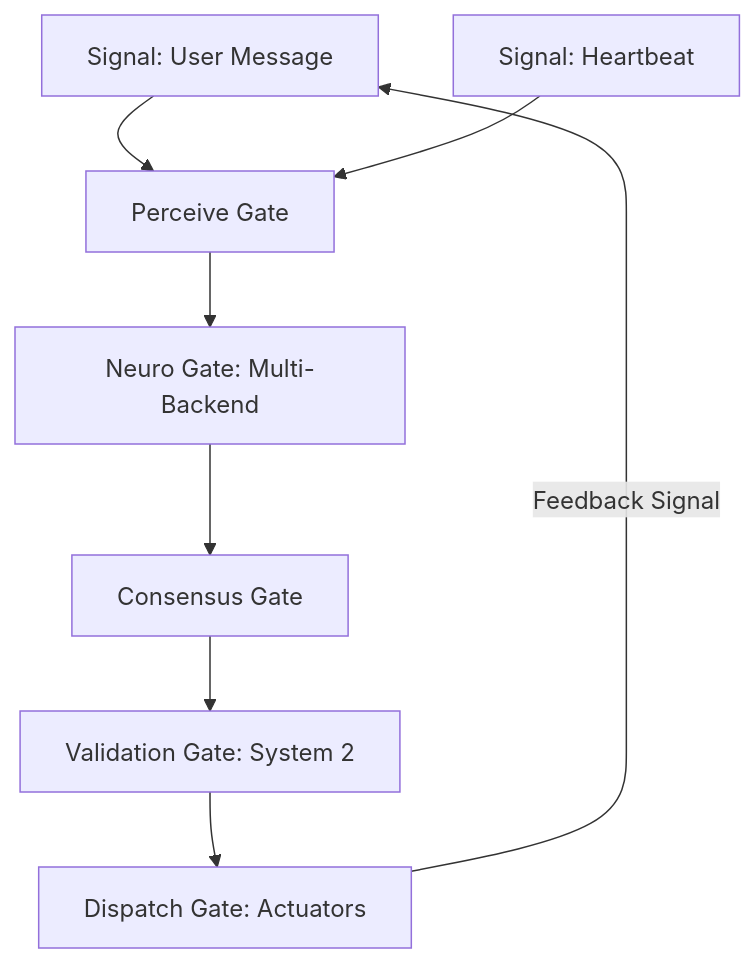
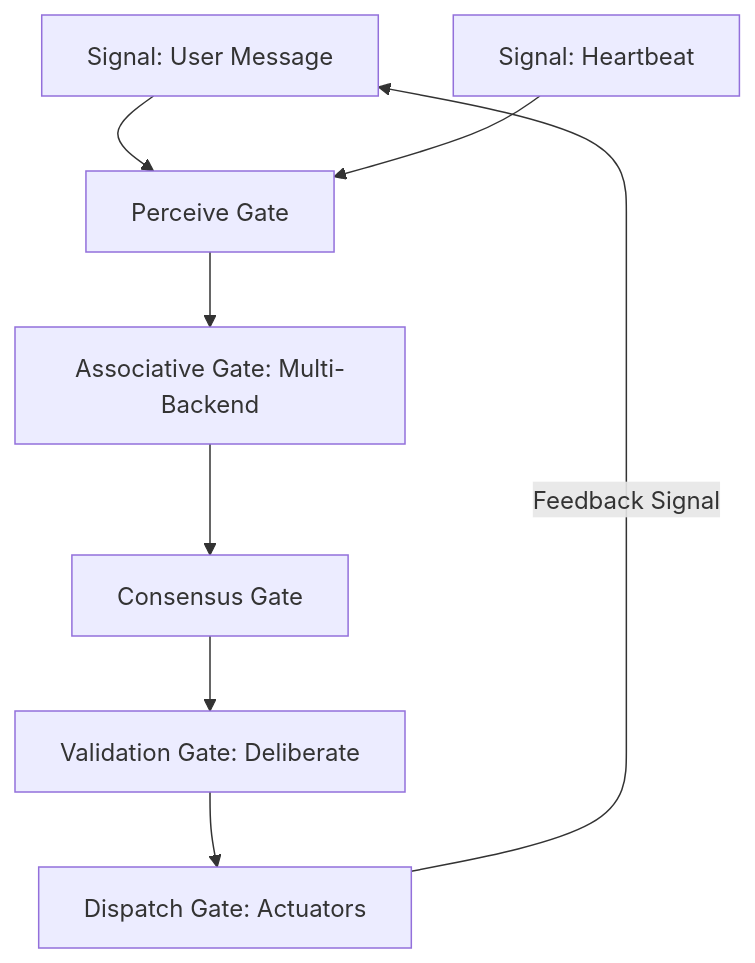
One commit to amrgharbeia/opencortex changed the diagram in literate/core.org. Above: the diagram before and after it, drawn with Mermaid. The commit also changed other lines of this file and 10 other files, not shown here.

Commit message:
docs: Rename cognitive architecture to Associative/Deliberate and Foreground/Background

```diff
--- a/literate/core.org
+++ b/literate/core.org
@@ -15,10 +15,10 @@
 #+begin_src mermaid
 graph TD
     S1[Signal: User Message] --> P[Perceive Gate]
     S2[Signal: Heartbeat] --> P
-    P --> N[Neuro Gate: Multi-Backend]
+    P --> N[Associative Gate: Multi-Backend]
     N --> C[Consensus Gate]
-    C --> V[Validation Gate: System 2]
+    C --> V[Validation Gate: Deliberate]
     V --> D[Dispatch Gate: Actuators]
     D -- Feedback Signal --> S1
 #+end_src
```
